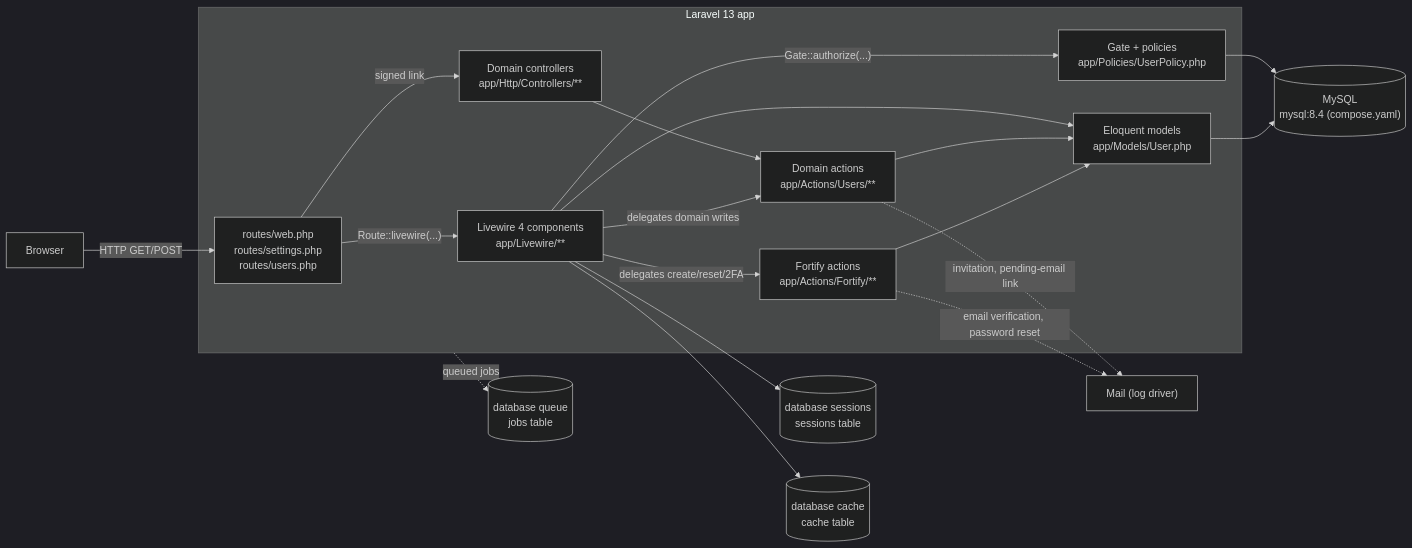
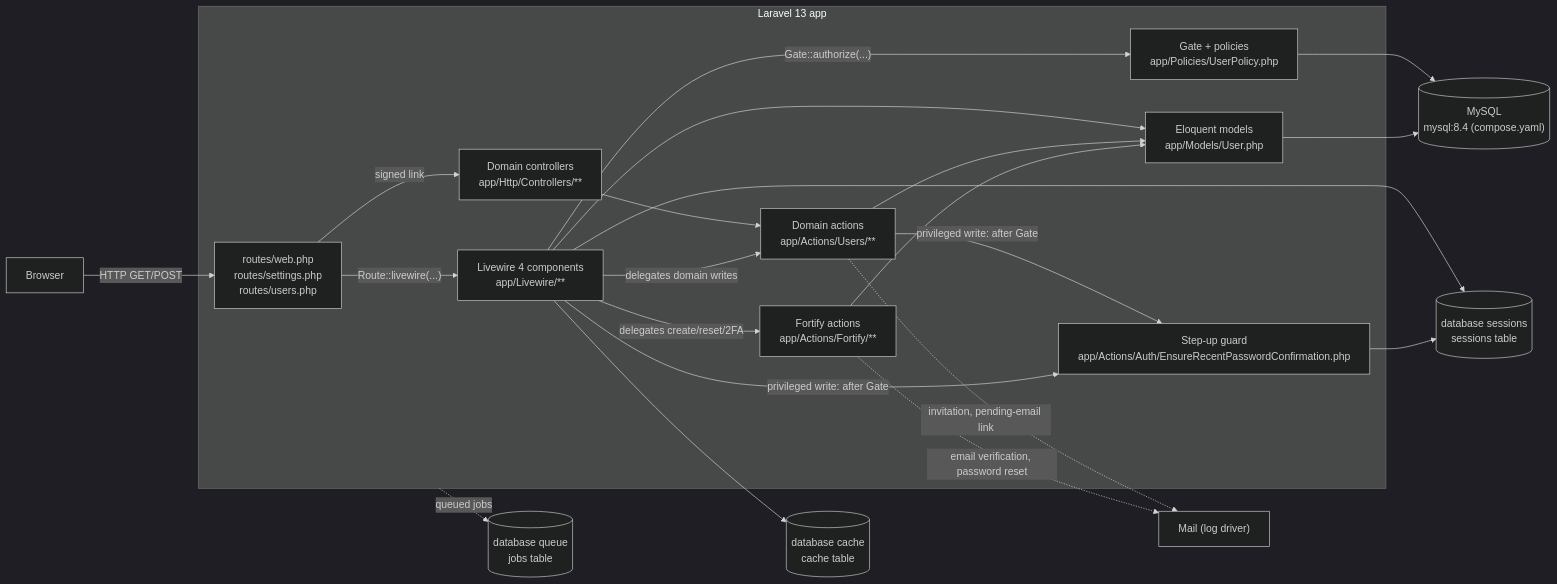
The diagram in arospe/docs/architecture/overview.md (LIDR-academy/AI4Devs-finalproject), drawn with Mermaid (dark theme) before and after one commit. The commit also changed other lines of this file and 15 other files, not shown here.

````diff
--- a/arospe/docs/architecture/overview.md
+++ b/arospe/docs/architecture/overview.md
@@ -25,38 +25,42 @@
 ```mermaid
 flowchart LR
     Browser["Browser"]
 
     subgraph Laravel["Laravel 13 app"]
         Routes["routes/web.php\nroutes/settings.php\nroutes/users.php"]
         Livewire["Livewire 4 components\napp/Livewire/**"]
         Controllers["Domain controllers\napp/Http/Controllers/**"]
         Gate["Gate + policies\napp/Policies/UserPolicy.php"]
+        StepUp["Step-up guard\napp/Actions/Auth/EnsureRecentPasswordConfirmation.php"]
         Fortify["Fortify actions\napp/Actions/Fortify/**"]
         Actions["Domain actions\napp/Actions/Users/**"]
         Models["Eloquent models\napp/Models/User.php"]
     end
 
     DB[("MySQL\nmysql:8.4 (compose.yaml)")]
     Queue[("database queue\njobs table")]
     Session[("database sessions\nsessions table")]
     Cache[("database cache\ncache table")]
     Mail["Mail (log driver)"]
 
     Browser -->|"HTTP GET/POST"| Routes
     Routes -->|"Route::livewire(...)"| Livewire
     Routes -->|"signed link"| Controllers
     Livewire -->|"Gate::authorize(...)"| Gate
     Livewire -->|"delegates create/reset/2FA"| Fortify
     Livewire -->|"delegates domain writes"| Actions
+    Livewire -->|"privileged write: after Gate"| StepUp
+    Actions -->|"privileged write: after Gate"| StepUp
+    StepUp --> Session
     Controllers --> Actions
     Fortify --> Models
     Actions --> Models
     Livewire --> Models
     Models --> DB
     Gate --> DB
     Livewire --> Session
     Livewire --> Cache
     Fortify -.->|"email verification, password reset"| Mail
     Actions -.->|"invitation, pending-email link"| Mail
     Laravel -.->|"queued jobs"| Queue
 ```
````
